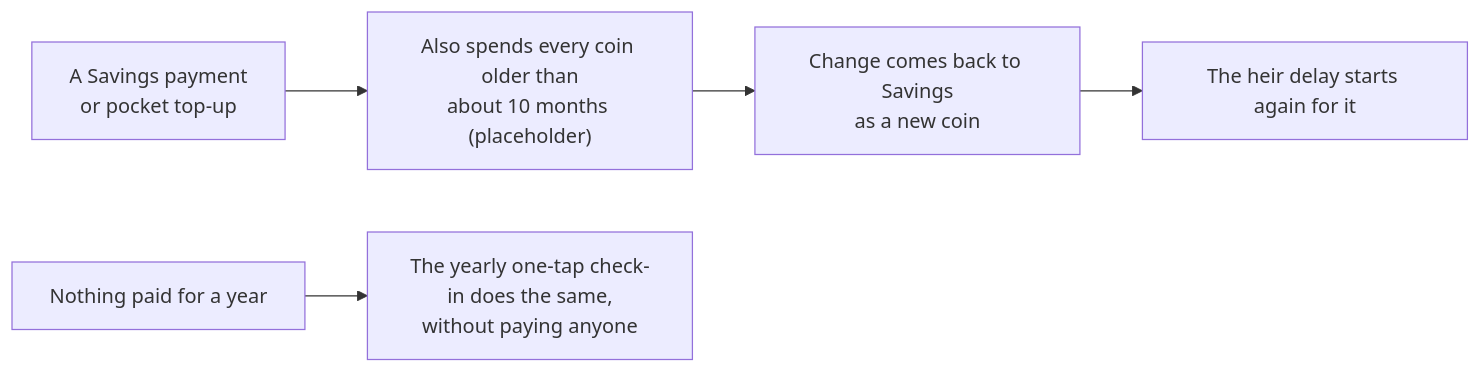
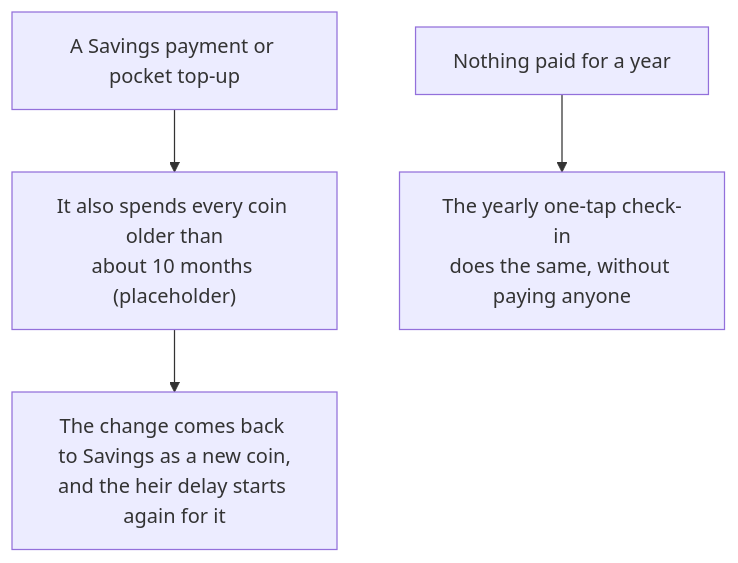
Before and after one commit to brent472/satkeep: the third of 3 diagrams in README.md, drawn with Mermaid. The commit also changed other lines of this file, not shown here.

Commit message:
README: simpler diagrams that fit GitHub's viewer

````diff
--- a/README.md
+++ b/README.md
@@ -65,7 +56,6 @@
 ```mermaid
-flowchart LR
-    pay["A Savings payment<br/>or pocket top-up"] --> take["Also spends every coin older than<br/>about 10 months (placeholder)"]
-    take --> change["Change comes back to Savings<br/>as a new coin"]
-    change --> restart["The heir delay starts again for it"]
-    idle["Nothing paid for a year"] --> checkin["The yearly one-tap check-in does the same,<br/>without paying anyone"]
+flowchart TB
+    pay["A Savings payment or pocket top-up"] --> take["It also spends every coin older than<br/>about 10 months (placeholder)"]
+    take --> change["The change comes back to Savings as a new coin,<br/>and the heir delay starts again for it"]
+    idle["Nothing paid for a year"] --> checkin["The yearly one-tap check-in<br/>does the same, without paying anyone"]
 ```
````
